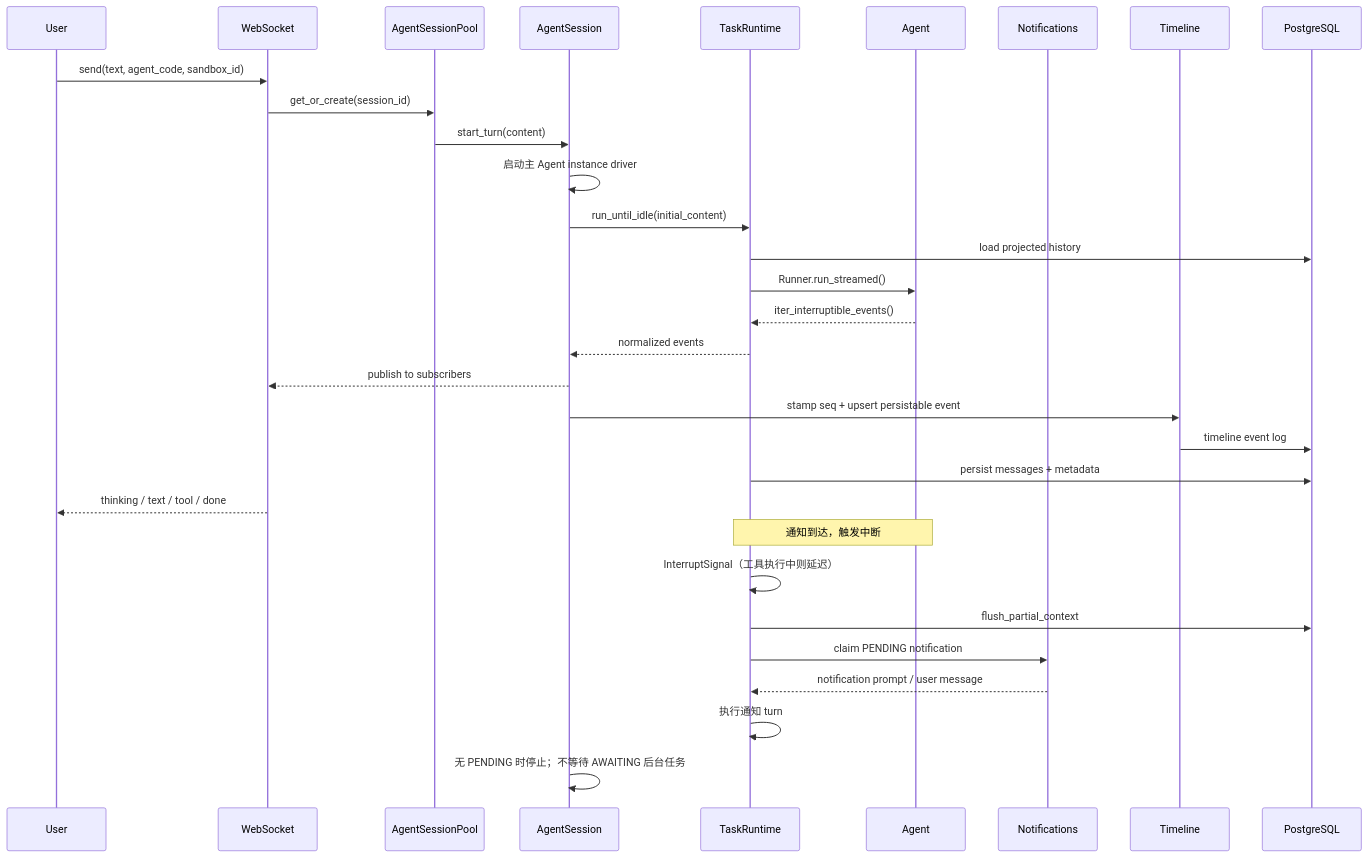
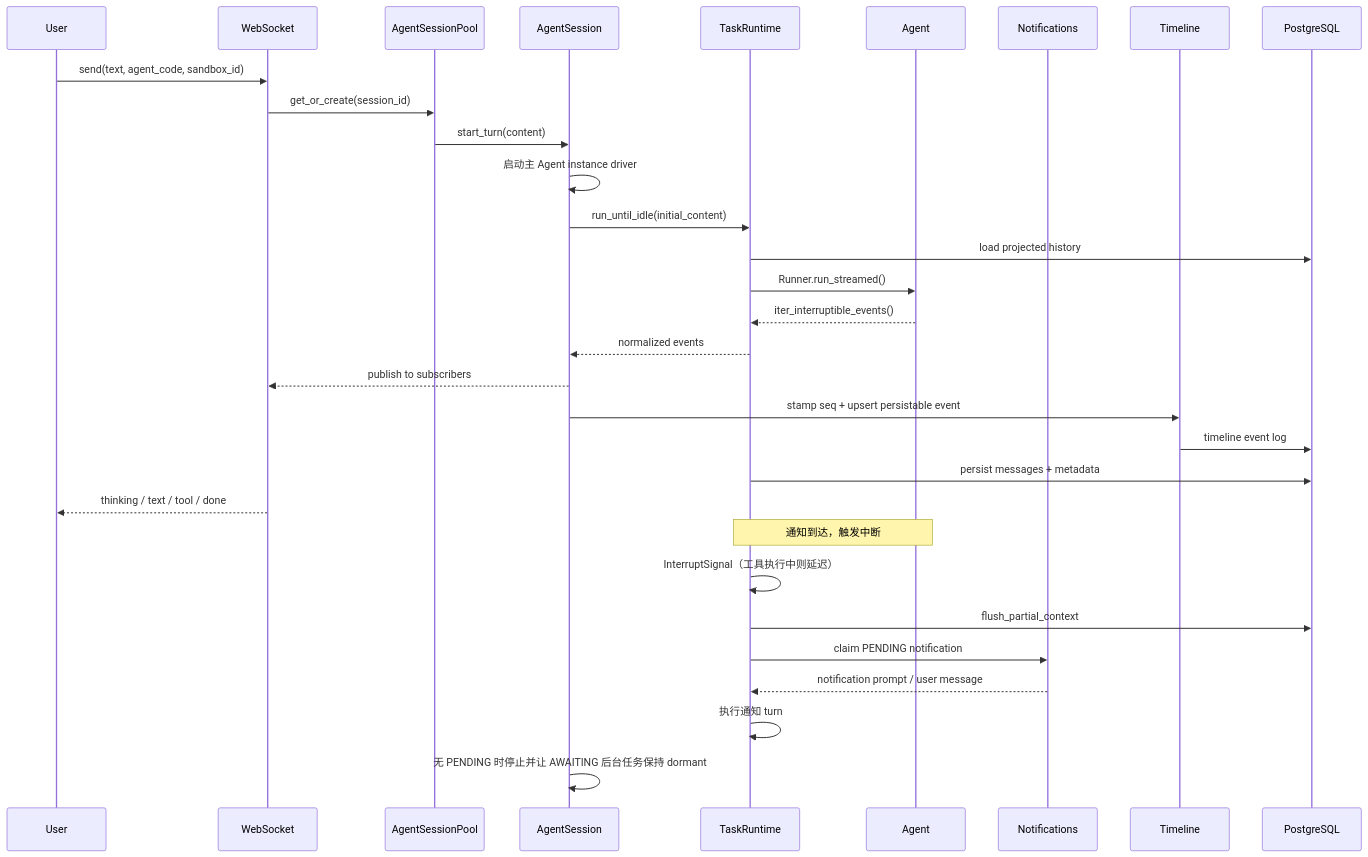
The third of 5 diagrams in README_zh.md (mascc/Z3r0), drawn with Mermaid before and after one commit. The commit also changed 1 other file, not shown here.

Commit message:
docs: Fix Mermaid runtime model rendering

````diff
--- a/README_zh.md
+++ b/README_zh.md
@@ -108,35 +108,35 @@
 ```mermaid
 sequenceDiagram
   participant U as User
   participant W as WebSocket
   participant P as AgentSessionPool
   participant S as AgentSession
   participant TR as TaskRuntime
   participant A as Agent
   participant N as Notifications
   participant T as Timeline
   participant DB as PostgreSQL
 
   U->>W: send(text, agent_code, sandbox_id)
   W->>P: get_or_create(session_id)
   P->>S: start_turn(content)
   S->>S: 启动主 Agent instance driver
   S->>TR: run_until_idle(initial_content)
   TR->>DB: load projected history
   TR->>A: Runner.run_streamed()
   A-->>TR: iter_interruptible_events()
   TR-->>S: normalized events
   S-->>W: publish to subscribers
   S->>T: stamp seq + upsert persistable event
   T->>DB: timeline event log
   TR->>DB: persist messages + metadata
   W-->>U: thinking / text / tool / done
 
   Note over TR,A: 通知到达，触发中断
   TR->>TR: InterruptSignal（工具执行中则延迟）
   TR->>DB: flush_partial_context
   TR->>N: claim PENDING notification
   N-->>TR: notification prompt / user message
   TR->>TR: 执行通知 turn
-  S->>S: 无 PENDING 时停止；不等待 AWAITING 后台任务
+  S->>S: 无 PENDING 时停止并让 AWAITING 后台任务保持 dormant
 ```
````
